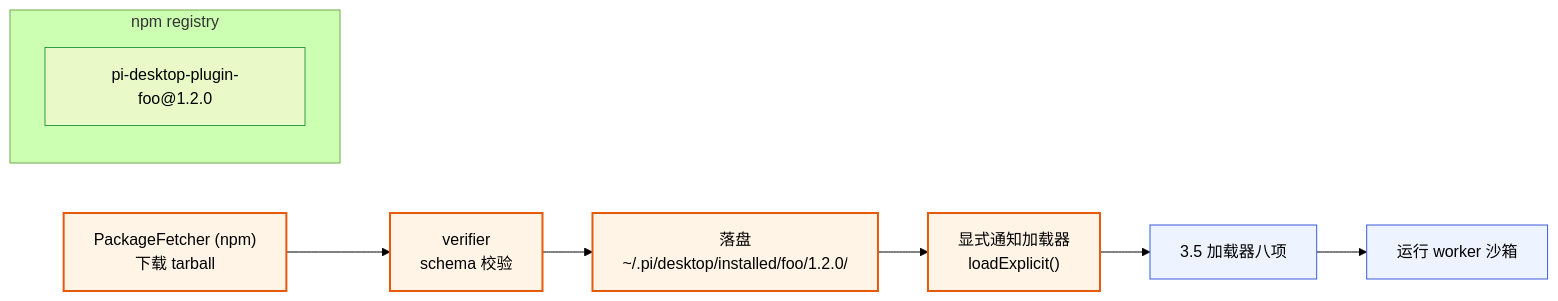
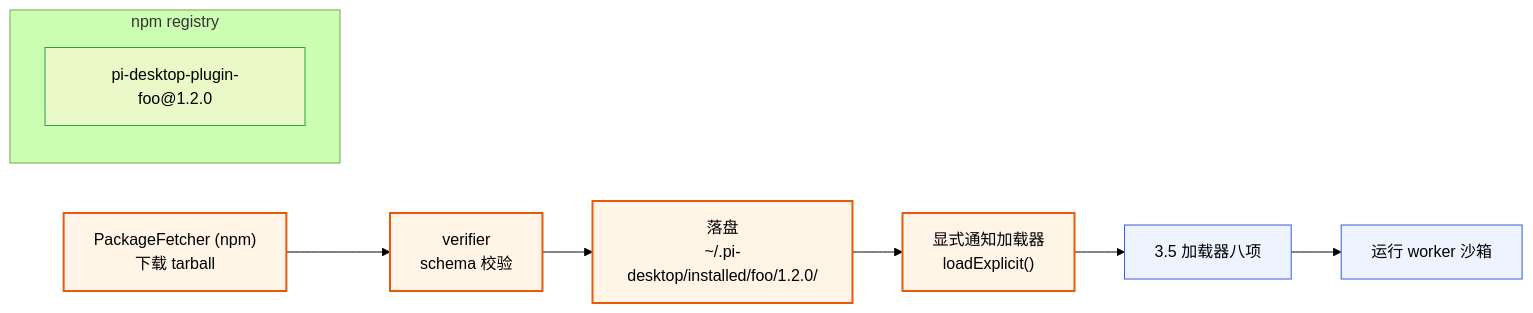
One commit to GOODDAYDAY/my-harness-desktop changed diagram 18 of 27 in docs/structure/18-structure-build-deploy.md. Above: the diagram before and after it, drawn with Mermaid (forest theme). The commit also changed other lines of this file and 21 other files, not shown here.

````diff
--- a/docs/structure/18-structure-build-deploy.md
+++ b/docs/structure/18-structure-build-deploy.md
@@ -2174,17 +2174,17 @@
 ```mermaid
 flowchart LR
     subgraph REG["npm registry"]
         PKG["pi-desktop-plugin-foo@1.2.0"]
     end
     FETCH["PackageFetcher (npm)<br/>下载 tarball"] --> VERIFY["verifier<br/>schema 校验"]
-    VERIFY --> STORE["落盘<br/>~/.pi/desktop/installed/foo/1.2.0/"]
+    VERIFY --> STORE["落盘<br/>~/.pi-desktop/installed/foo/1.2.0/"]
     STORE --> NOTIFY["显式通知加载器<br/>loadExplicit()"]
     NOTIFY --> LOAD["3.5 加载器八项"]
     LOAD --> RUN["运行 worker 沙箱"]
     classDef reg fill:#e9fac8,stroke:#2f9e44;
     classDef fetch fill:#fff4e6,stroke:#e8590c,stroke-width:2px;
     classDef reuse fill:#eef4ff,stroke:#3b5bdb;
     class PKG reg;
     class FETCH,VERIFY,STORE,NOTIFY fetch;
     class LOAD,RUN reuse;
 ```
````
